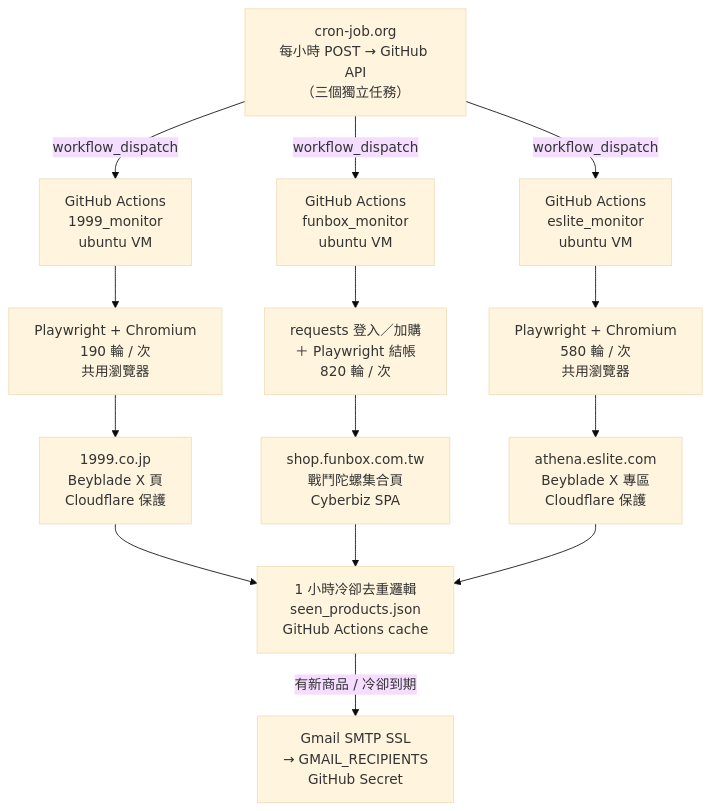
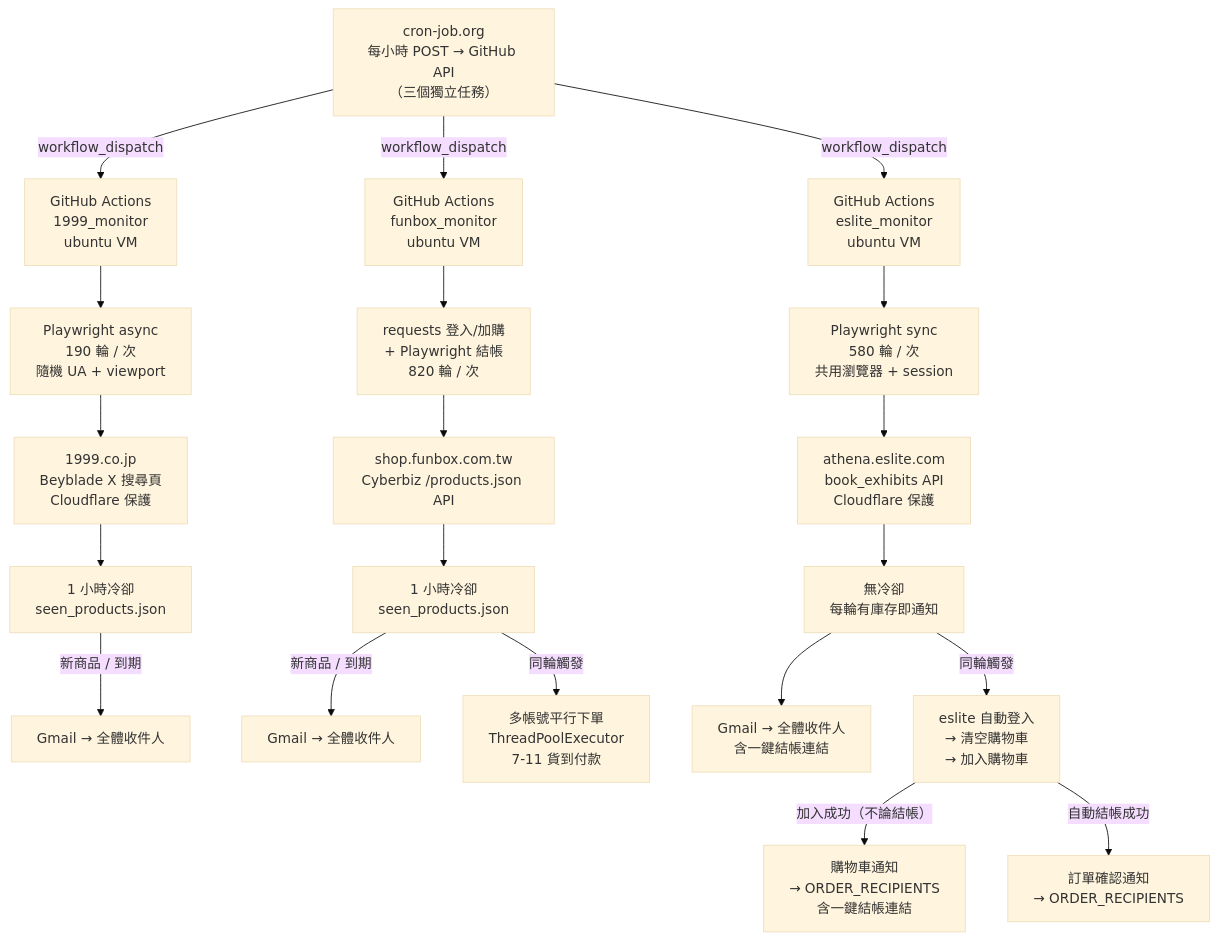
One commit to k0341055/beyblade-funbox-monitor changed the diagram in README.md. Above: the diagram before and after it, drawn with Mermaid (base theme). The commit also changed other lines of this file and 3 other files, not shown here.

First line of the commit message:
feat: eslite 監控大改版 - 無冷卻通知、自動下單、購物車通知、修正輪數

````diff
--- a/README.md
+++ b/README.md
@@ -9,22 +9,30 @@
 ```mermaid
 flowchart TD
     CRON["cron-job.org\n每小時 POST → GitHub API\n（三個獨立任務）"]
 
     CRON -->|workflow_dispatch| GA1["GitHub Actions\n1999_monitor\nubuntu VM"]
     CRON -->|workflow_dispatch| GA2["GitHub Actions\nfunbox_monitor\nubuntu VM"]
     CRON -->|workflow_dispatch| GA3["GitHub Actions\neslite_monitor\nubuntu VM"]
 
-    GA1 --> PW1["Playwright + Chromium\n190 輪 / 次\n共用瀏覽器"]
-    GA2 --> REQ["requests 登入／加購\n＋ Playwright 結帳\n820 輪 / 次"]
-    GA3 --> PW3["Playwright + Chromium\n580 輪 / 次\n共用瀏覽器"]
+    GA1 --> PW1["Playwright async\n190 輪 / 次\n隨機 UA + viewport"]
+    GA2 --> REQ["requests 登入/加購\n+ Playwright 結帳\n820 輪 / 次"]
+    GA3 --> PW3["Playwright sync\n580 輪 / 次\n共用瀏覽器 + session"]
 
-    PW1 --> SITE1["1999.co.jp\nBeyblade X 頁\nCloudflare 保護"]
-    REQ --> SITE2["shop.funbox.com.tw\n戰鬥陀螺集合頁\nCyberbiz SPA"]
-    PW3 --> SITE3["athena.eslite.com\nBeyblade X 專區\nCloudflare 保護"]
+    PW1 --> SITE1["1999.co.jp\nBeyblade X 搜尋頁\nCloudflare 保護"]
+    REQ --> SITE2["shop.funbox.com.tw\nCyberbiz /products.json API"]
+    PW3 --> SITE3["athena.eslite.com\nbook_exhibits API\nCloudflare 保護"]
 
-    SITE1 --> COOL["1 小時冷卻去重邏輯\nseen_products.json\nGitHub Actions cache"]
-    SITE2 --> COOL
-    SITE3 --> COOL
+    SITE1 --> COOL1["1 小時冷卻\nseen_products.json"]
+    SITE2 --> COOL2["1 小時冷卻\nseen_products.json"]
+    SITE3 --> NOCD["無冷卻\n每輪有庫存即通知"]
 
-    COOL -->|有新商品 / 冷卻到期| MAIL["Gmail SMTP SSL\n→ GMAIL_RECIPIENTS\nGitHub Secret"]
+    COOL1 -->|新商品 / 到期| MAIL1["Gmail → 全體收件人"]
+    COOL2 -->|新商品 / 到期| MAIL2["Gmail → 全體收件人"]
+    NOCD --> MAIL3["Gmail → 全體收件人\n含一鍵結帳連結"]
+
+    COOL2 -->|同輪觸發| BUY["多帳號平行下單\nThreadPoolExecutor\n7-11 貨到付款"]
+    NOCD -->|同輪觸發| ECART["eslite 自動登入\n→ 清空購物車\n→ 加入購物車"]
+
+    ECART -->|加入成功（不論結帳）| CNOTIF["購物車通知\n→ ORDER_RECIPIENTS\n含一鍵結帳連結"]
+    ECART -->|自動結帳成功| ONOTIF["訂單確認通知\n→ ORDER_RECIPIENTS"]
 ```
````
